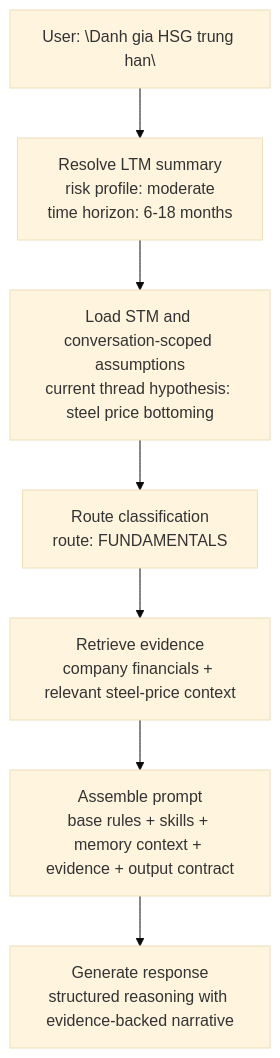
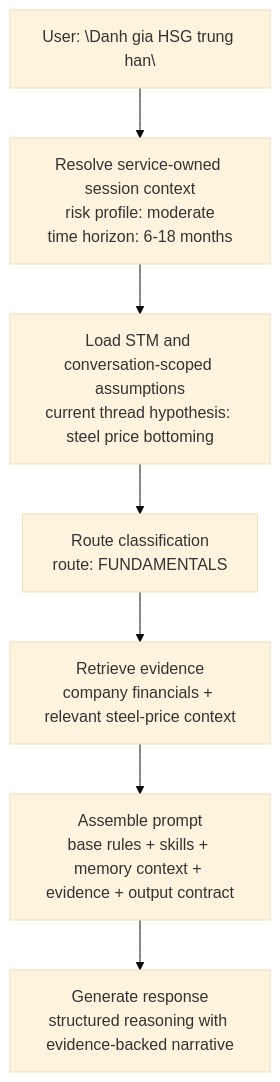
Before and after one commit to d-dragon/dp-stock-investment-assistant: the fourth of 7 diagrams in docs/domains/agent/TECHNICAL_DESIGN.md, drawn with Mermaid (base theme). The commit also changed other lines of this file and 7 other files, not shown here.

````diff
--- a/docs/domains/agent/TECHNICAL_DESIGN.md
+++ b/docs/domains/agent/TECHNICAL_DESIGN.md
@@ -544,9 +556,9 @@
 ```mermaid
 flowchart TD
-	Q["User: \"Danh gia HSG trung han\""] --> LTMNode["Resolve LTM summary\nrisk profile: moderate\ntime horizon: 6-18 months"]
-	LTMNode --> STMNode["Load STM and conversation-scoped assumptions\ncurrent thread hypothesis: steel price bottoming"]
+	Q["User: \"Danh gia HSG trung han\""] --> SessionNode["Resolve service-owned session context\nrisk profile: moderate\ntime horizon: 6-18 months"]
+	SessionNode --> STMNode["Load STM and conversation-scoped assumptions\ncurrent thread hypothesis: steel price bottoming"]
 	STMNode --> RouteNode["Route classification\nroute: FUNDAMENTALS"]
 	RouteNode --> Evidence["Retrieve evidence\ncompany financials + relevant steel-price context"]
 	Evidence --> Assemble["Assemble prompt\nbase rules + skills + memory context + evidence + output contract"]
 	Assemble --> Response["Generate response\nstructured reasoning with evidence-backed narrative"]
 ```
````
